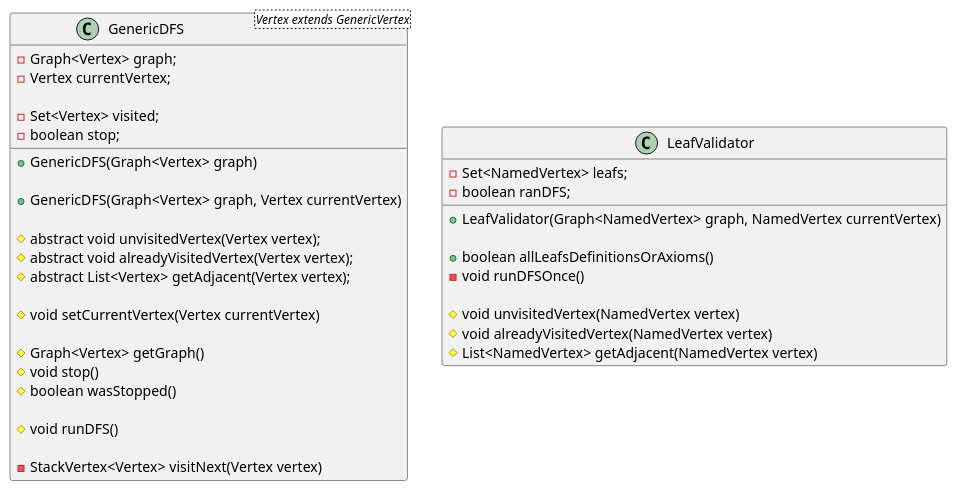
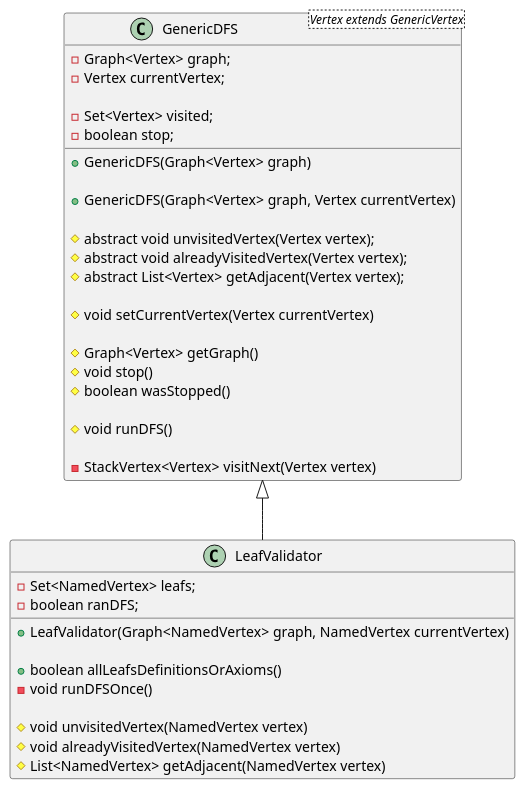
One commit to keksklauer4/MatLearn changed the diagram in uml/srp_positive.puml. Above: the diagram before and after it, drawn with PlantUML. The commit also changed 14 other files, not shown here.

```diff
--- a/uml/srp_positive.puml
+++ b/uml/srp_positive.puml
@@ -2,46 +2,48 @@
 @startuml
 
 class GenericDFS<Vertex extends GenericVertex> {
     -Graph<Vertex> graph;
     -Vertex currentVertex;
 
     -Set<Vertex> visited;
     -boolean stop;
 
     +GenericDFS(Graph<Vertex> graph)
 
     +GenericDFS(Graph<Vertex> graph, Vertex currentVertex)
 
     #abstract void unvisitedVertex(Vertex vertex);
     #abstract void alreadyVisitedVertex(Vertex vertex);
     #abstract List<Vertex> getAdjacent(Vertex vertex);
 
     #void setCurrentVertex(Vertex currentVertex)
 
     #Graph<Vertex> getGraph()
 
 
     #void stop()
     #boolean wasStopped()
 
     #void runDFS()
 
     -StackVertex<Vertex> visitNext(Vertex vertex)
 
 }
 
 class LeafValidator {
     -Set<NamedVertex> leafs;
     -boolean ranDFS;
 
     +LeafValidator(Graph<NamedVertex> graph, NamedVertex currentVertex)
 
     +boolean allLeafsDefinitionsOrAxioms()
     -void runDFSOnce()
 
     #void unvisitedVertex(NamedVertex vertex)
     #void alreadyVisitedVertex(NamedVertex vertex)
     #List<NamedVertex> getAdjacent(NamedVertex vertex)
 }
 
+GenericDFS <|-- LeafValidator
+
 @enduml
```
